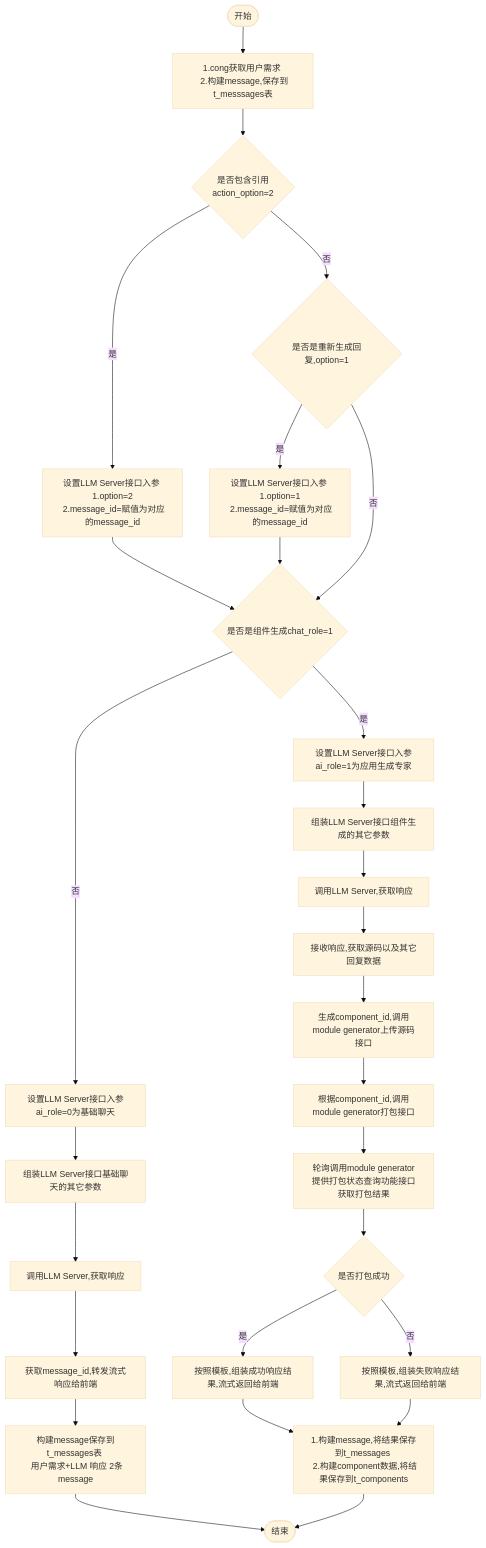
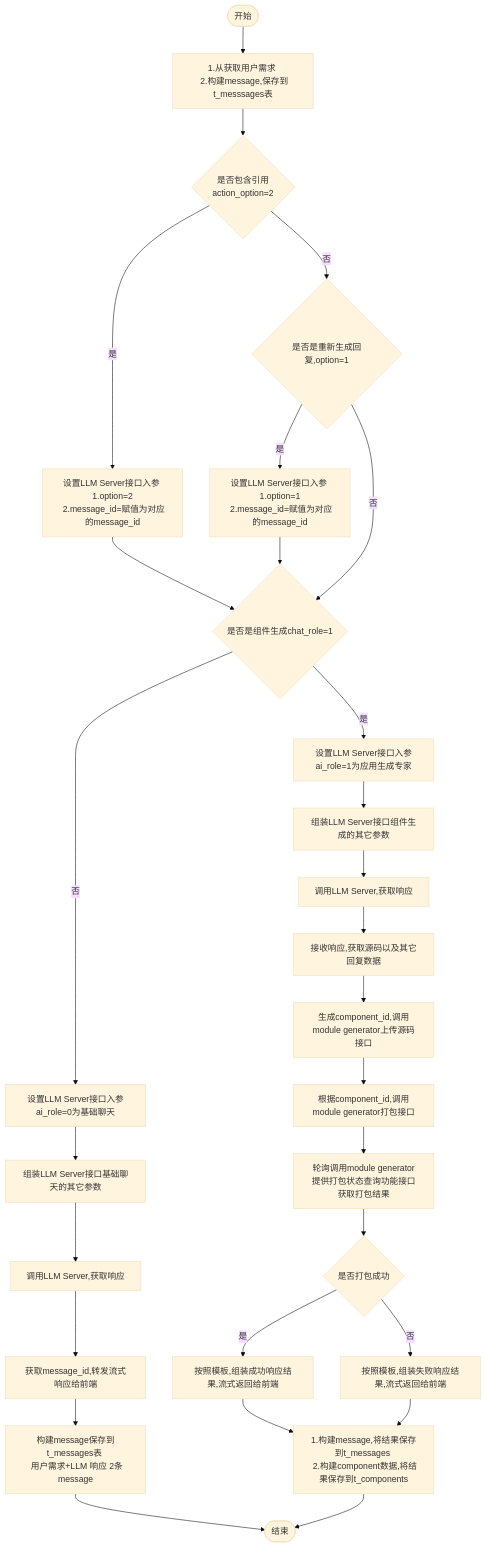
Before and after one commit to yingjianzh/iodraw-files: the diagram in all/w3-会话-不需要传递message.md, drawn with Mermaid (base theme).

Commit message:
2024-10-15 14:20:03 update

````diff
--- a/all/w3-会话-不需要传递message.md
+++ b/all/w3-会话-不需要传递message.md
@@ -1,34 +1,34 @@
 ```mermaid
 flowchart TD
-    A([开始]) --> B[1.cong获取用户需求 \n 2.构建message,保存到t_messsages表]
+    A([开始]) --> B[1.从获取用户需求 \n 2.构建message,保存到t_messsages表]
     B--> D{是否包含引用 \n action_option=2}
     D -- 是 --> E[设置LLM Server接口入参 \n 1.option=2 \n 2.message_id=赋值为对应的message_id]
     D -- 否 --> F{是否是重新生成回复,option=1}
     F -- 是 --> G[设置LLM Server接口入参 \n 1.option=1 \n 2.message_id=赋值为对应的message_id]
     F -- 否 --> I
      
     E & G --> I{是否是组件生成chat_role=1}
     I -- 否 --> K[设置LLM Server接口入参ai_role=0为基础聊天]
     I -- 是 --> J[设置LLM Server接口入参ai_role=1为应用生成专家]
     
 
     J --> L[组装LLM Server接口组件生成的其它参数]    
     K --> M[组装LLM Server接口基础聊天的其它参数]    
     M --> N[调用LLM Server,获取响应]    
     N --> O[获取message_id,转发流式响应给前端]
     O --> P[构建message保存到t_messages表 \n 用户需求+LLM 响应 2条message]
     P --> R([结束])
 
 
     L --> S[调用LLM Server,获取响应]
     S --> T[接收响应,获取源码以及其它回复数据]
     T --> U[生成component_id,调用module generator上传源码接口]
     U --> V[根据component_id,调用module generator打包接口]
     V --> W[轮询调用module generator提供打包状态查询功能接口获取打包结果]
     W --> X{是否打包成功}
     X -- 是 --> Y[按照模板,组装成功响应结果,流式返回给前端]
     X -- 否 --> Z[按照模板,组装失败响应结果,流式返回给前端]
 
     Y & Z --> Result[1.构建message,将结果保存到t_messages \n 2.构建component数据,将结果保存到t_components]
     Result --> R
 ```
````
